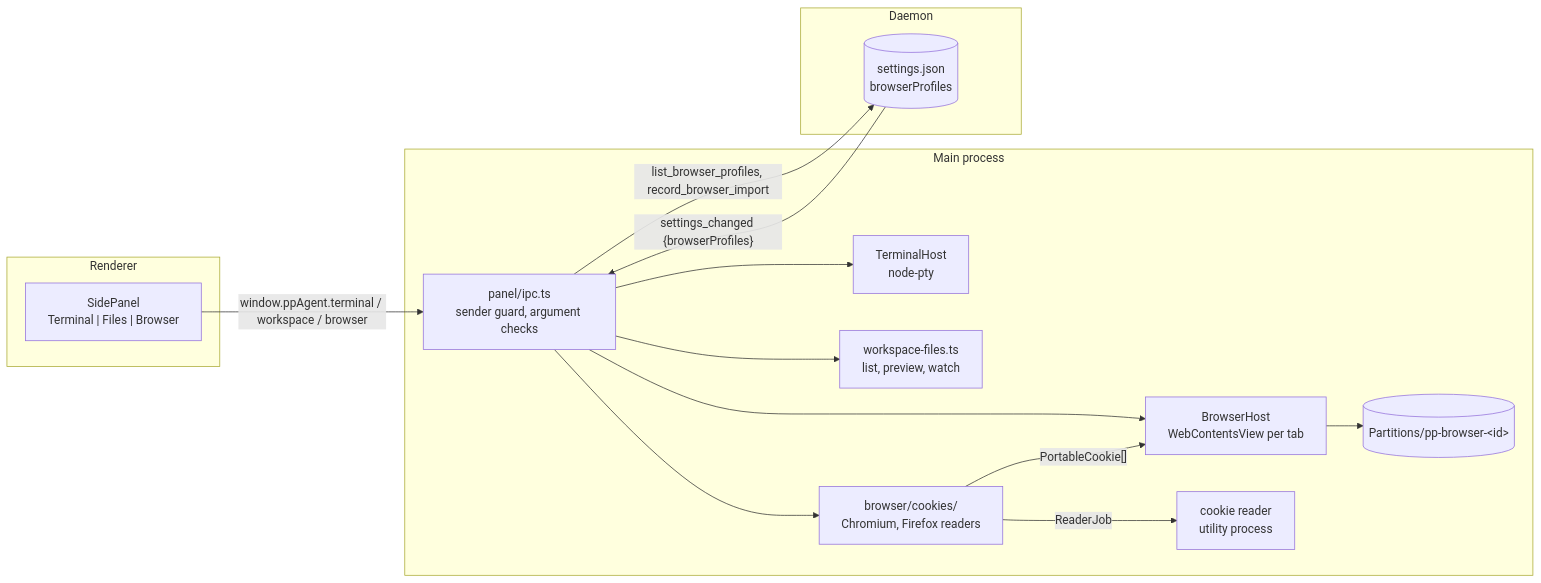
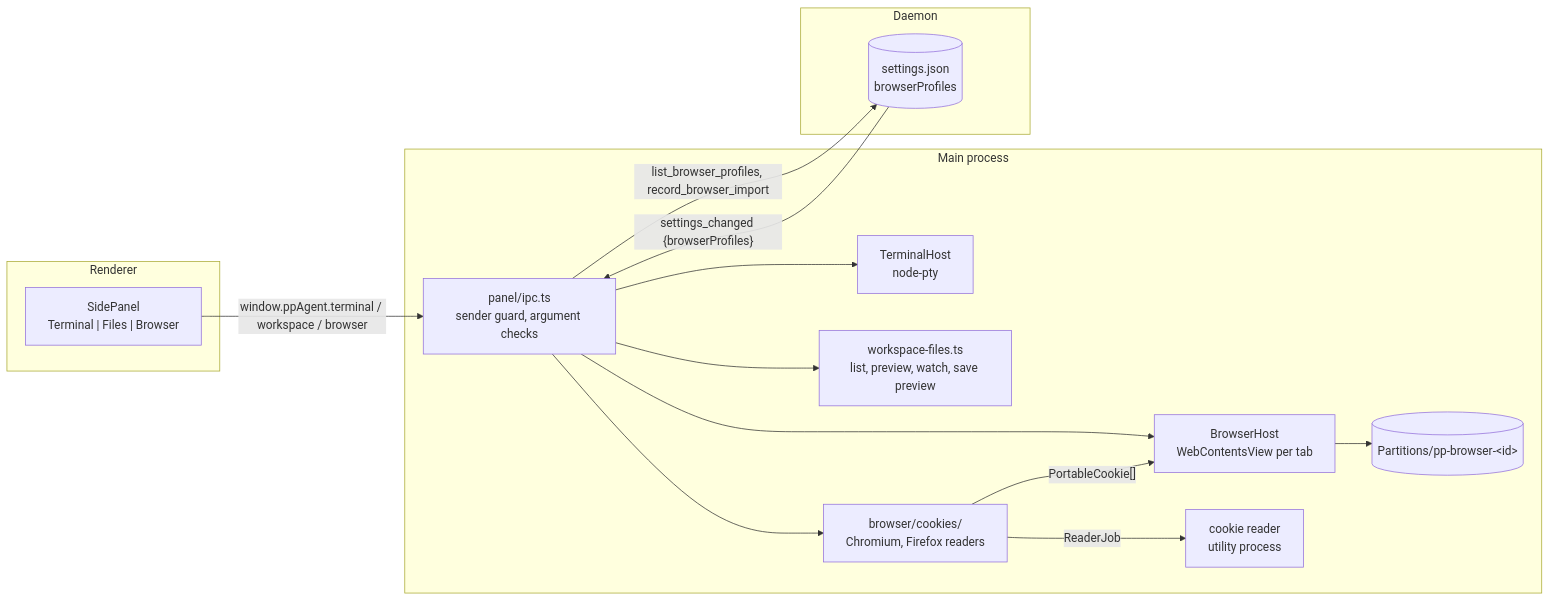
The first of 2 diagrams in docs/architecture/side-panel.md (pp-techs/pp-agent), drawn with Mermaid before and after one commit. The commit also changed other lines of this file and 66 other files, not shown here.

````diff
--- a/docs/architecture/side-panel.md
+++ b/docs/architecture/side-panel.md
@@ -5,25 +5,25 @@
 ```mermaid
 flowchart LR
   subgraph R["Renderer"]
     SP["SidePanel<br/>Terminal | Files | Browser"]
   end
   subgraph M["Main process"]
     IPC["panel/ipc.ts<br/>sender guard, argument checks"]
     TH["TerminalHost<br/>node-pty"]
-    WF["workspace-files.ts<br/>list, preview, watch"]
+    WF["workspace-files.ts<br/>list, preview, watch, save preview"]
     BH["BrowserHost<br/>WebContentsView per tab"]
     CI["browser/cookies/<br/>Chromium, Firefox readers"]
     CR["cookie reader<br/>utility process"]
     P[("Partitions/pp-browser-&lt;id&gt;")]
   end
   subgraph D["Daemon"]
     S[("settings.json<br/>browserProfiles")]
   end
   SP -- "window.ppAgent.terminal / workspace / browser" --> IPC
   IPC --> TH & WF & BH & CI
   BH --> P
   CI -- "ReaderJob" --> CR
   CI -- "PortableCookie[]" --> BH
   IPC -- "list_browser_profiles, record_browser_import" --> S
   S -- "settings_changed {browserProfiles}" --> IPC
 ```
````
